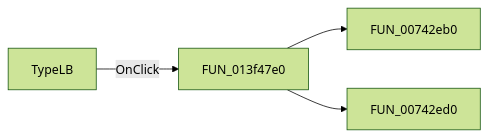
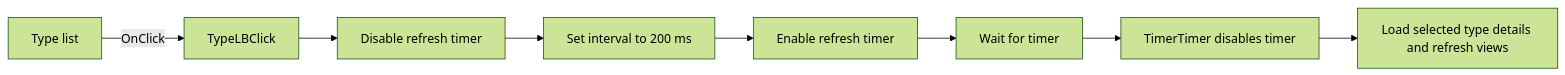
The diagram in docs/ui-controls/tlrcatalogeditordlg/typelb-fc24ac8cea.md (MovGP0/TIARA), drawn with Mermaid (forest theme) before and after one commit. The commit also changed other lines of this file and 1062 other files, not shown here.

````diff
--- a/docs/ui-controls/tlrcatalogeditordlg/typelb-fc24ac8cea.md
+++ b/docs/ui-controls/tlrcatalogeditordlg/typelb-fc24ac8cea.md
@@ -27,6 +29,10 @@
 ```mermaid
 flowchart LR
-    control["TypeLB"] -->|OnClick| handler["FUN_013f47e0"]
-    handler --> call1["FUN_00742eb0"]
-    handler --> call2["FUN_00742ed0"]
+    control["Type list"] -->|OnClick| handler["TypeLBClick"]
+    handler --> stop["Disable refresh timer"]
+    stop --> interval["Set interval to 200 ms"]
+    interval --> start["Enable refresh timer"]
+    start --> wait["Wait for timer"]
+    wait --> timer["TimerTimer disables timer"]
+    timer --> load["Load selected type details and refresh views"]
 ```
````
